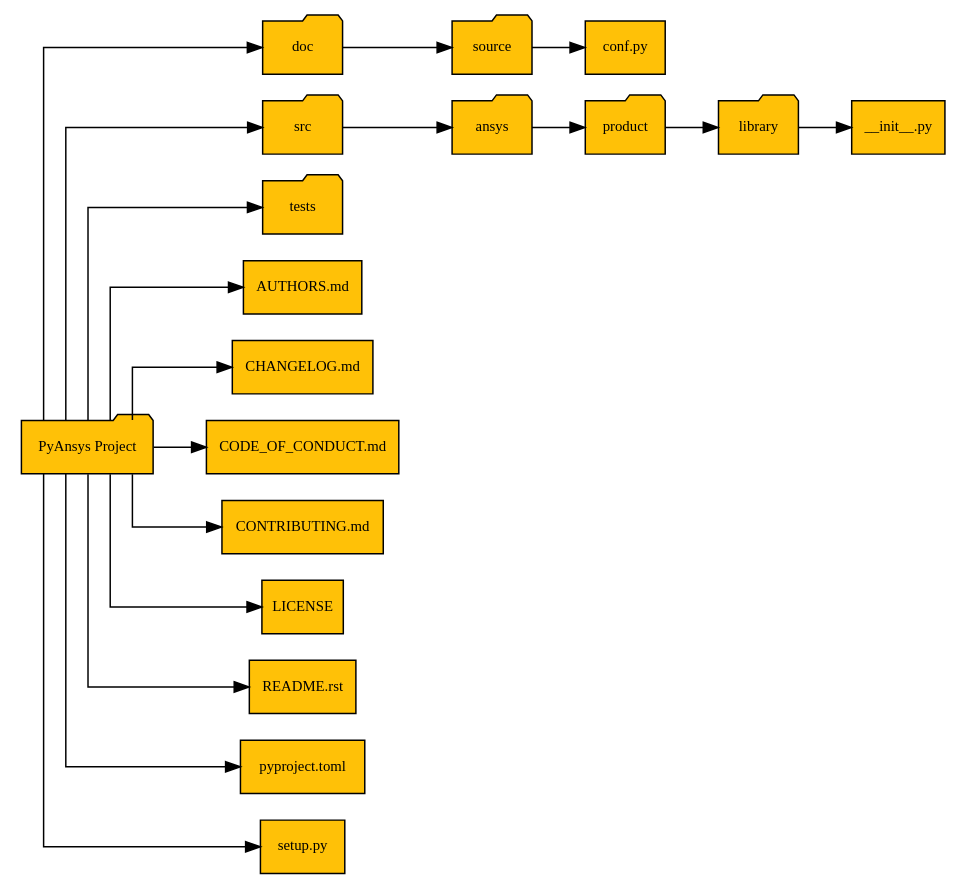
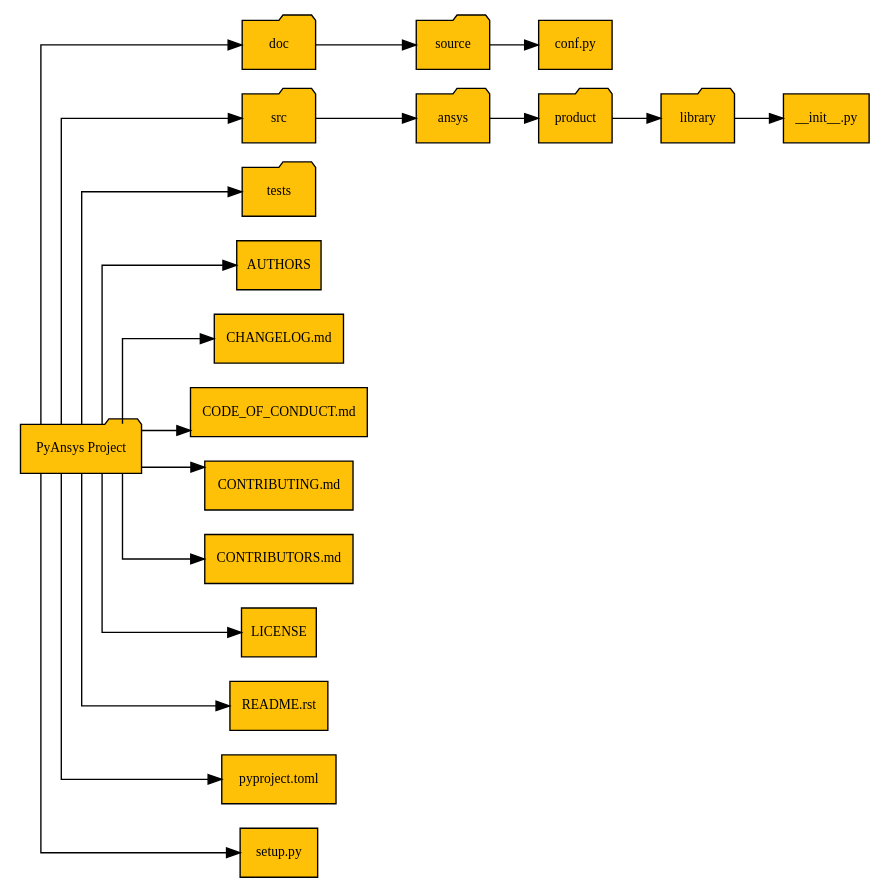
One commit to ansys/pyansys-dev-guide changed the diagram in doc/source/packaging/diag/pyproduct_library_structure_diag.rst. Above: the diagram before and after it, drawn with Graphviz. The commit also changed 4 other files, not shown here.

Commit message:
feat: AUTHORS and CONTRIBUTORS files

```diff
--- a/doc/source/packaging/diag/pyproduct_library_structure_diag.rst
+++ b/doc/source/packaging/diag/pyproduct_library_structure_diag.rst
@@ -56,7 +56,7 @@
          ]
 
          authors [
-           label="AUTHORS.md", shape="file"
+           label="AUTHORS", shape="file"
          ]
 
          changelog [
@@ -69,6 +69,10 @@
 
          contributing [
            label="CONTRIBUTING.md", shape="file"
+         ]
+
+         contributors [
+           label="CONTRIBUTORS.md", shape="file"
          ]
 
          license [
@@ -96,6 +100,7 @@
          pyproduct_library -> changelog;
          pyproduct_library -> code_of_conduct;
          pyproduct_library -> contributing;
+         pyproduct_library -> contributors;
          pyproduct_library -> readme;
          pyproduct_library -> pyproject;
          pyproduct_library -> setup;
```
